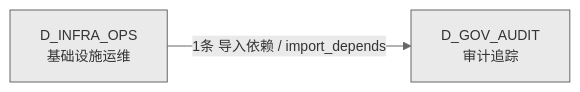
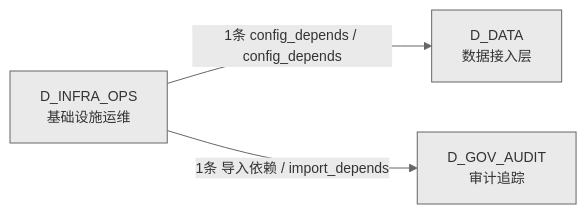
Before and after one commit to xuanFelixVan/ZephyrAlpha: the third of 3 diagrams in docs/02_enterprise_architecture/02_domain_architecture_docs/04_d_infra_ops.md, drawn with Mermaid. The commit also changed other lines of this file and 46 other files, not shown here.

````diff
--- a/docs/02_enterprise_architecture/02_domain_architecture_docs/04_d_infra_ops.md
+++ b/docs/02_enterprise_architecture/02_domain_architecture_docs/04_d_infra_ops.md
@@ -108,7 +111,9 @@
 ```mermaid
 %%{init: {'theme': 'base', 'themeVariables': {'primaryColor': '#eaeaea', 'primaryTextColor': '#333333', 'primaryBorderColor': '#666666', 'lineColor': '#666666', 'secondaryColor': '#eaeaea', 'tertiaryColor': '#eaeaea', 'fontSize': '14px'}}}%%
 graph LR
     D_INFRA_OPS["D_INFRA_OPS<br/>基础设施运维"]
+    D_DATA["D_DATA<br/>数据接入层"]
     D_GOV_AUDIT["D_GOV_AUDIT<br/>审计追踪"]
+    D_INFRA_OPS -->|1条 config_depends / config_depends| D_DATA
     D_INFRA_OPS -->|1条 导入依赖 / import_depends| D_GOV_AUDIT
 ```
````
